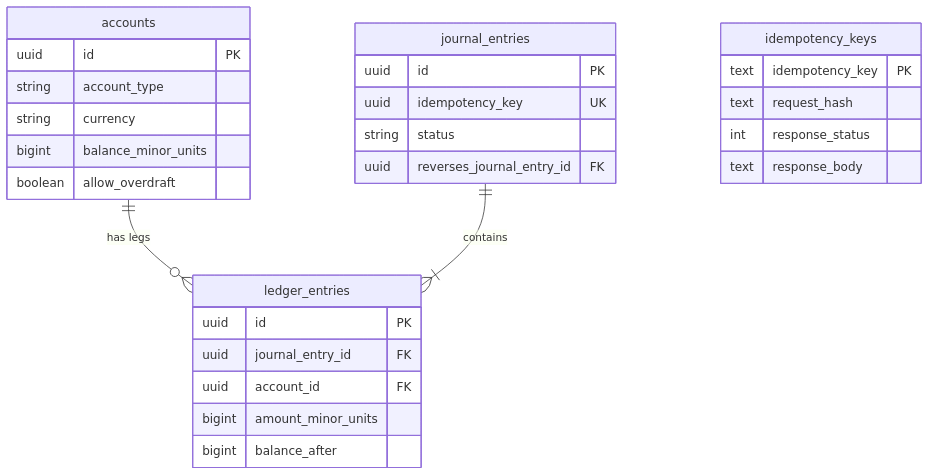
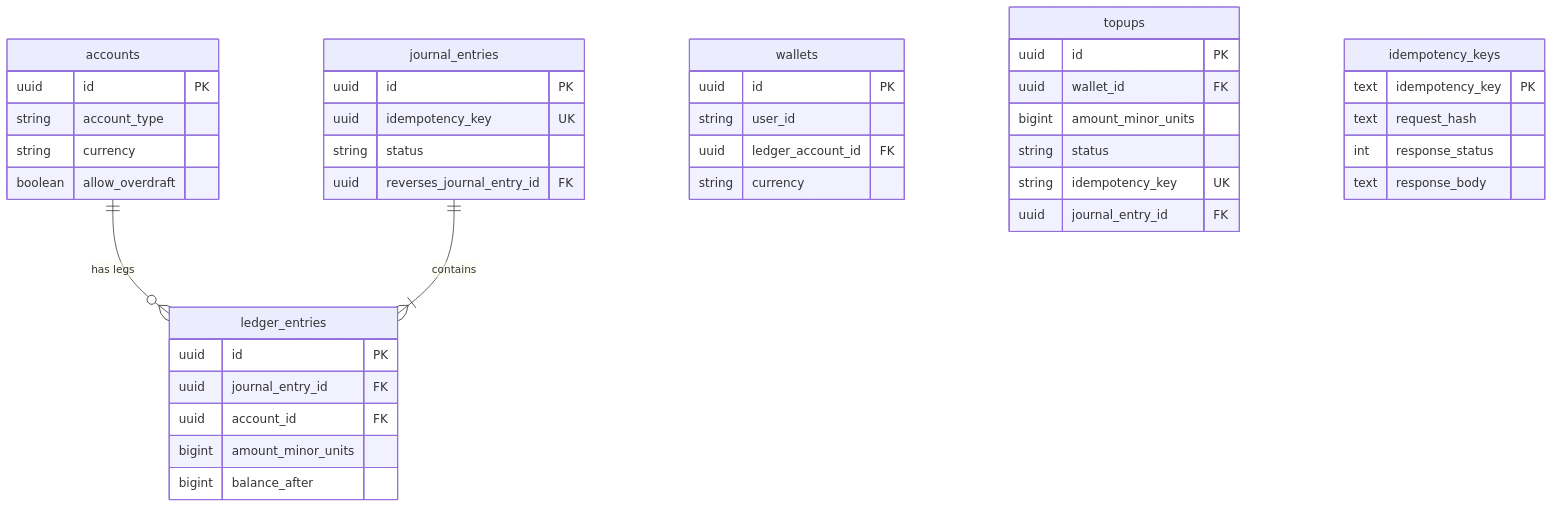
One commit to Ayshasharaf/double-entry-ledger-api changed the second of 2 diagrams in README.md. Above: the diagram before and after it, drawn with Mermaid. The commit also changed other lines of this file and 11 other files, not shown here.

Commit message:
Complete wallet top-up flow and tests

````diff
--- a/README.md
+++ b/README.md
@@ -480,31 +542,44 @@
 ```mermaid
 erDiagram
     accounts ||--o{ ledger_entries : "has legs"
     journal_entries ||--|{ ledger_entries : "contains"
     journal_entries {
         uuid id PK
         uuid idempotency_key UK
         string status
         uuid reverses_journal_entry_id FK
     }
     ledger_entries {
         uuid id PK
         uuid journal_entry_id FK
         uuid account_id FK
         bigint amount_minor_units
         bigint balance_after
     }
     accounts {
-        uuid id PK
-        string account_type
-        string currency
-        bigint balance_minor_units
-        boolean allow_overdraft
+      uuid id PK
+      string account_type
+      string currency
+      boolean allow_overdraft
+    }
+    wallets {
+      uuid id PK
+      string user_id
+      uuid ledger_account_id FK
+      string currency
+    }
+    topups {
+      uuid id PK
+      uuid wallet_id FK
+      bigint amount_minor_units
+      string status
+      string idempotency_key UK
+      uuid journal_entry_id FK
     }
     idempotency_keys {
         text idempotency_key PK
         text request_hash
         int response_status
         text response_body
     }
 ```
````
